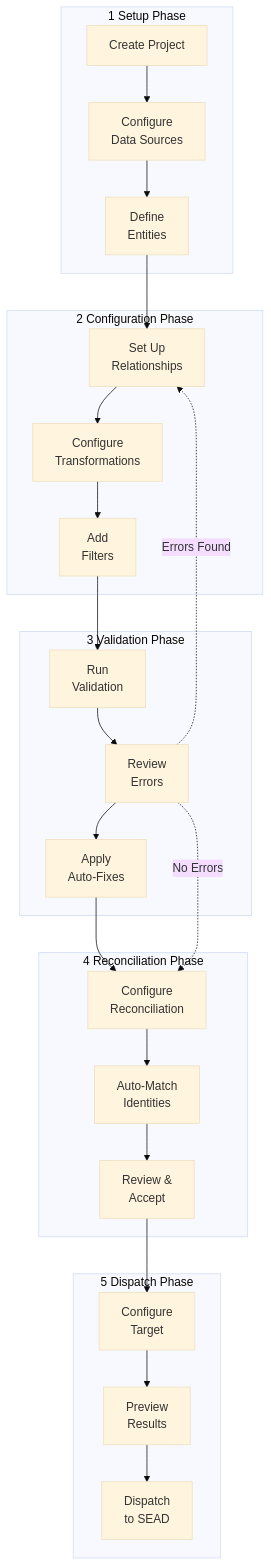
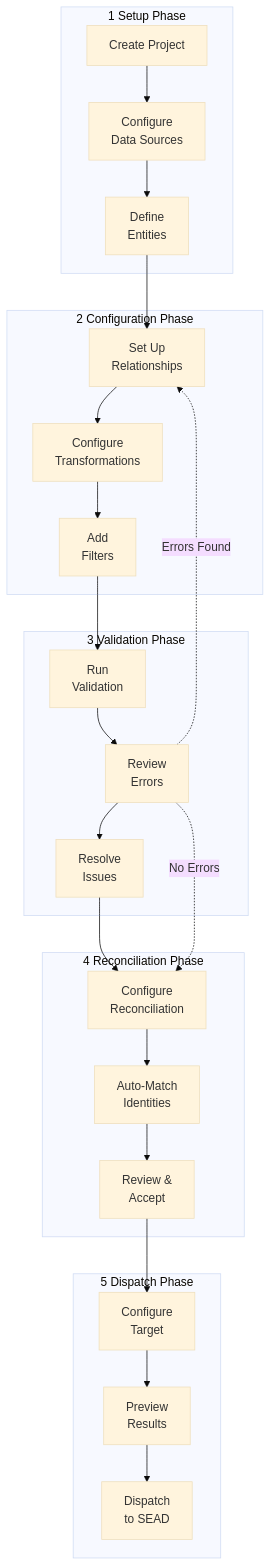
The third of 15 diagrams in docs/SYSTEM_DIAGRAMS.md (humlab-sead/sead_shape_shifter), drawn with Mermaid (base theme) before and after one commit. The commit also changed other lines of this file and 11 other files, not shown here.

````diff
--- a/docs/SYSTEM_DIAGRAMS.md
+++ b/docs/SYSTEM_DIAGRAMS.md
@@ -113,41 +113,41 @@
 ```mermaid
 flowchart TB
     subgraph "1 Setup Phase"
         A1[Create Project]
         A2[Configure<br/>Data Sources]
         A3[Define<br/>Entities]
     end
     
     subgraph "2 Configuration Phase"
         B1[Set Up<br/>Relationships]
         B2[Configure<br/>Transformations]
         B3[Add<br/>Filters]
     end
     
     subgraph "3 Validation Phase"
         C1[Run<br/>Validation]
         C2[Review<br/>Errors]
-        C3[Apply<br/>Auto-Fixes]
+        C3[Resolve<br/>Issues]
     end
     
     subgraph "4 Reconciliation Phase"
         D1[Configure<br/>Reconciliation]
         D2[Auto-Match<br/>Identities]
         D3[Review &<br/>Accept]
     end
     
     subgraph "5 Dispatch Phase"
         E1[Configure<br/>Target]
         E2[Preview<br/>Results]
         E3[Dispatch<br/>to SEAD]
     end
     
     A1 --> A2 --> A3
     A3 --> B1 --> B2 --> B3
     B3 --> C1 --> C2 --> C3
     C3 --> D1 --> D2 --> D3
     D3 --> E1 --> E2 --> E3
     
     C2 -.->|Errors Found| B1
     C2 -.->|No Errors| D1
 ```
````
